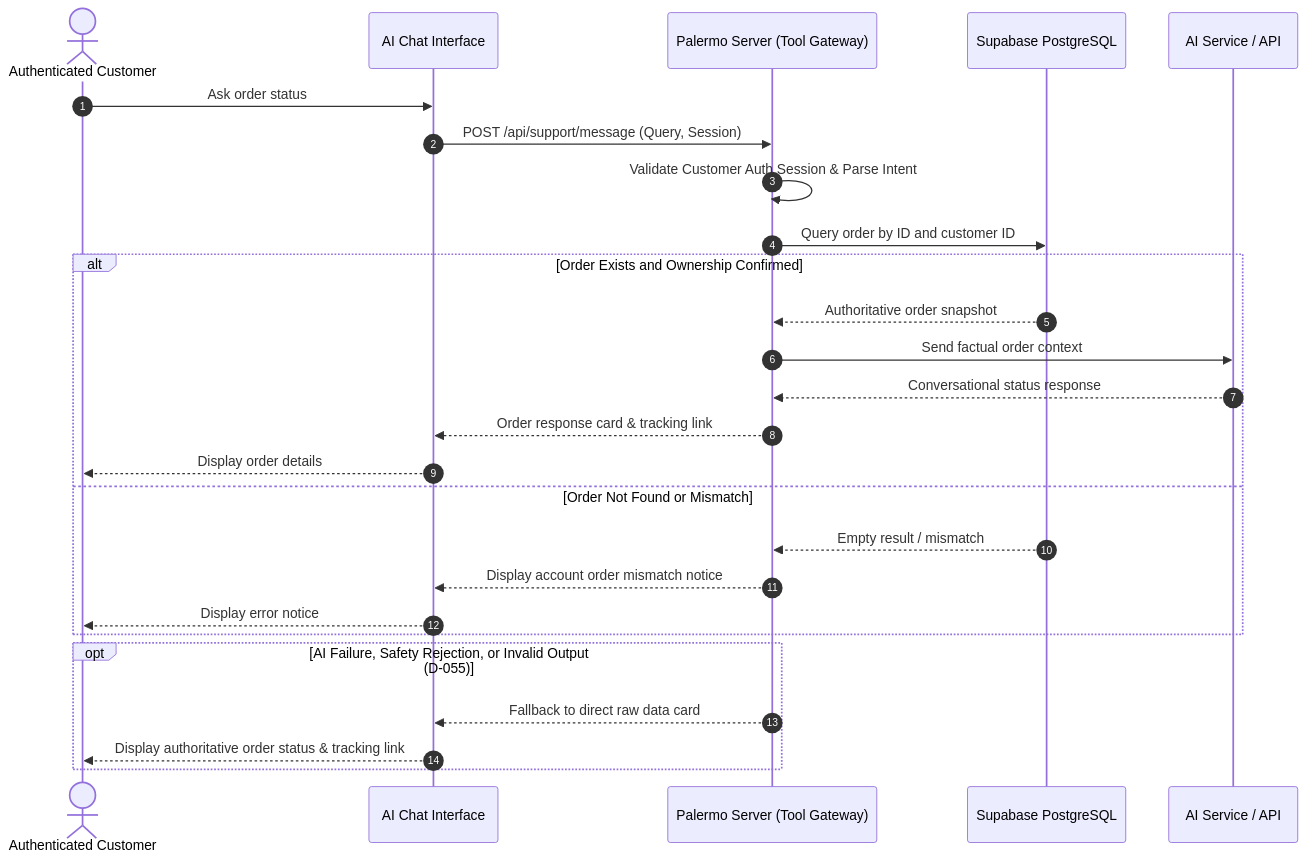
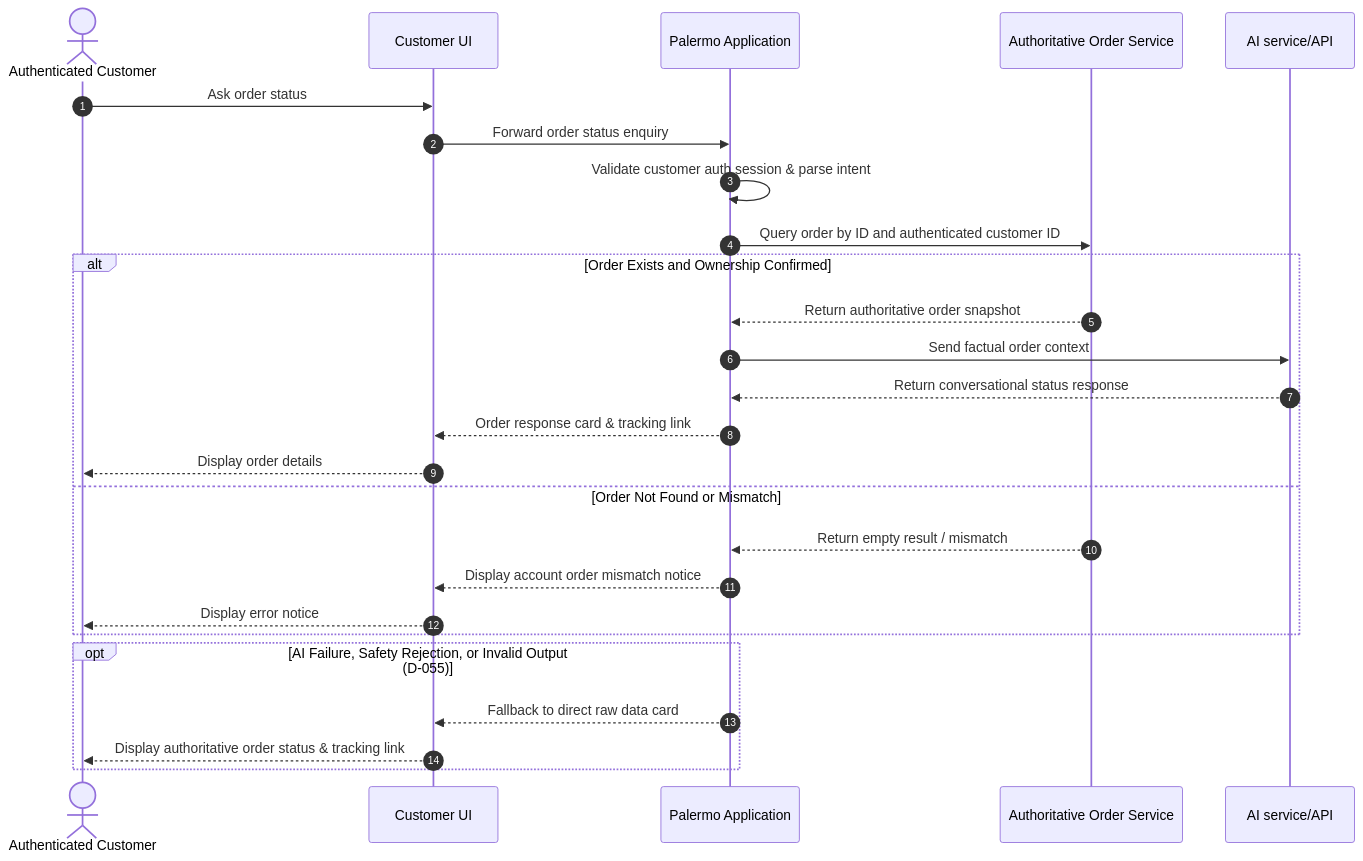
Before and after one commit to Mel-18-Palermo/Palermo-Perfume-System: the third of 3 diagrams in docs/srs/use-cases/personalisation-ai-support.md, drawn with Mermaid. The commit also changed other lines of this file, not shown here.

````diff
--- a/docs/srs/use-cases/personalisation-ai-support.md
+++ b/docs/srs/use-cases/personalisation-ai-support.md
@@ -225,29 +227,29 @@
 ```mermaid
 sequenceDiagram
     autonumber
     actor Customer as Authenticated Customer
-    participant Chat as AI Chat Interface
-    participant Server as Palermo Server (Tool Gateway)
-    participant DB as Supabase PostgreSQL
-    participant AI as AI Service / API
+    participant UI as Customer UI
+    participant App as Palermo Application
+    participant DB as Authoritative Order Service
+    participant AI as AI service/API
 
-    Customer->>Chat: Ask order status
-    Chat->>Server: POST /api/support/message (Query, Session)
-    Server->>Server: Validate Customer Auth Session & Parse Intent
-    Server->>DB: Query order by ID and customer ID
+    Customer->>UI: Ask order status
+    UI->>App: Forward order status enquiry
+    App->>App: Validate customer auth session & parse intent
+    App->>DB: Query order by ID and authenticated customer ID
     alt Order Exists and Ownership Confirmed
-        DB-->>Server: Authoritative order snapshot
-        Server->>AI: Send factual order context
-        AI-->>Server: Conversational status response
-        Server-->>Chat: Order response card & tracking link
-        Chat-->>Customer: Display order details
+        DB-->>App: Return authoritative order snapshot
+        App->>AI: Send factual order context
+        AI-->>App: Return conversational status response
+        App-->>UI: Order response card & tracking link
+        UI-->>Customer: Display order details
     else Order Not Found or Mismatch
-        DB-->>Server: Empty result / mismatch
-        Server-->>Chat: Display account order mismatch notice
-        Chat-->>Customer: Display error notice
+        DB-->>App: Return empty result / mismatch
+        App-->>UI: Display account order mismatch notice
+        UI-->>Customer: Display error notice
     end
     opt AI Failure, Safety Rejection, or Invalid Output (D-055)
-        Server-->>Chat: Fallback to direct raw data card
-        Chat-->>Customer: Display authoritative order status & tracking link
+        App-->>UI: Fallback to direct raw data card
+        UI-->>Customer: Display authoritative order status & tracking link
     end
 ```
````
